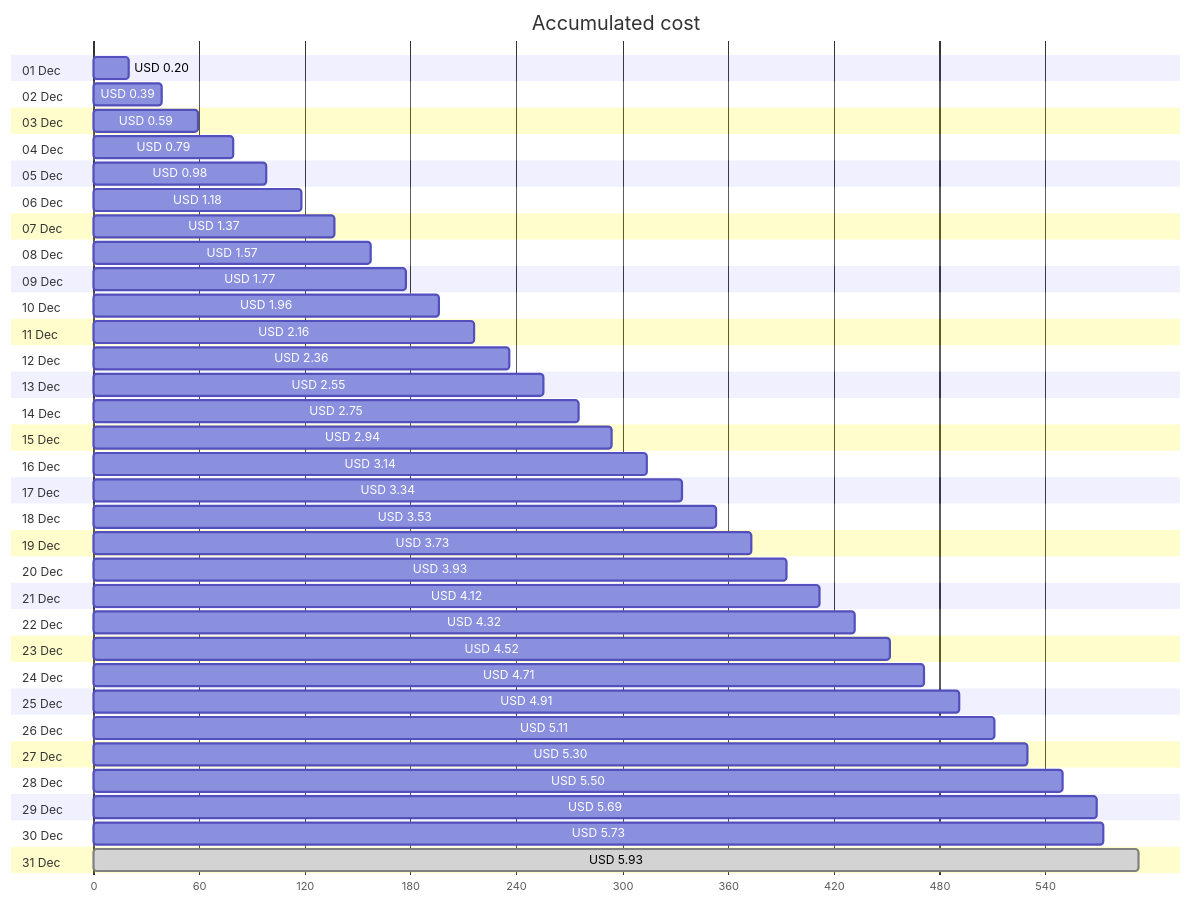
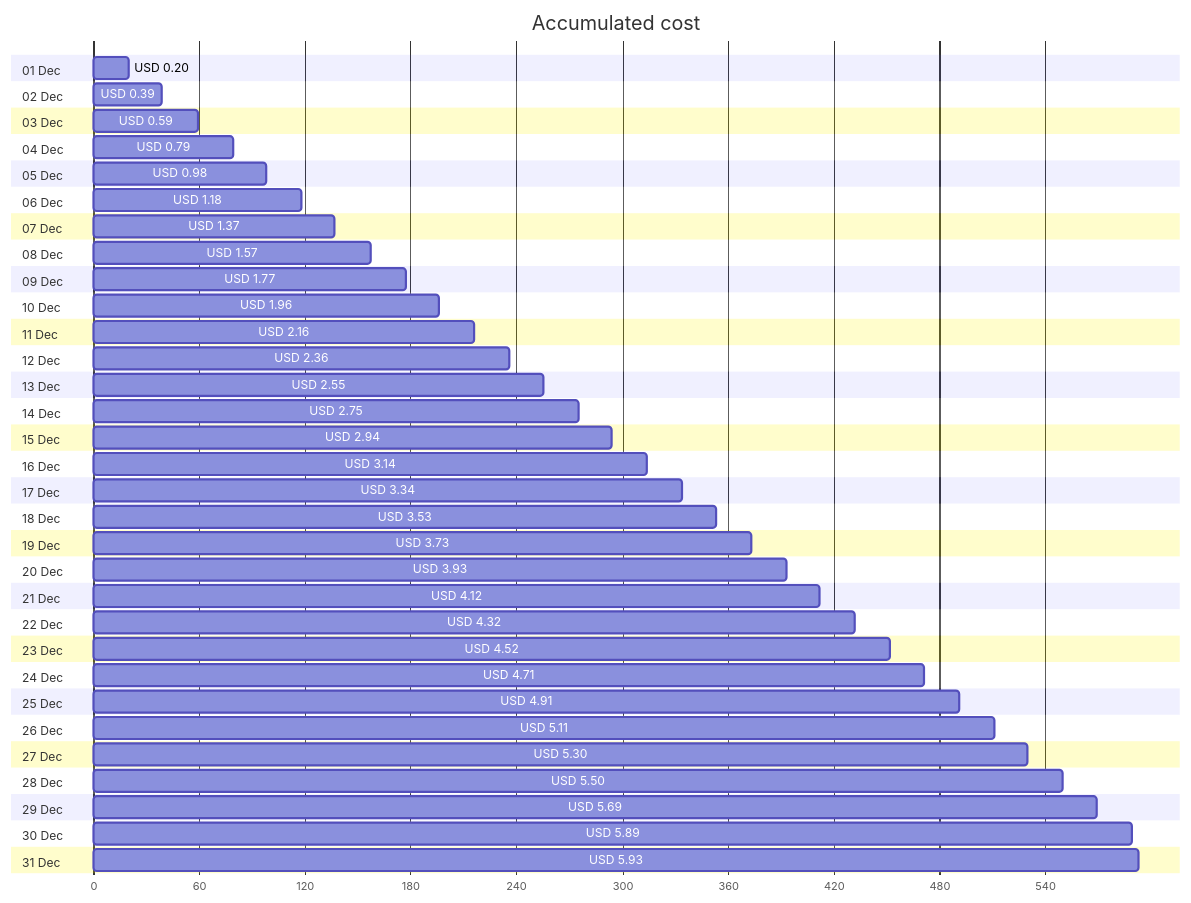
Before and after one commit to jpfulton/azure-personal-reports: the first of 4 diagrams in cost-reports/personal-network/backup-server.md, drawn with Mermaid. The commit also changed other lines of this file and 8 other files, not shown here.

````diff
--- a/cost-reports/personal-network/backup-server.md
+++ b/cost-reports/personal-network/backup-server.md
@@ -20,68 +20,68 @@
 ```mermaid
 gantt
    title Accumulated cost
    dateFormat  X
    axisFormat %s
    section 01 Dec
    USD 0.20 :0, 20
    section 02 Dec
    USD 0.39 :0, 39
    section 03 Dec
    USD 0.59 :0, 59
    section 04 Dec
    USD 0.79 :0, 79
    section 05 Dec
    USD 0.98 :0, 98
    section 06 Dec
    USD 1.18 :0, 118
    section 07 Dec
    USD 1.37 :0, 137
    section 08 Dec
    USD 1.57 :0, 157
    section 09 Dec
    USD 1.77 :0, 177
    section 10 Dec
    USD 1.96 :0, 196
    section 11 Dec
    USD 2.16 :0, 216
    section 12 Dec
    USD 2.36 :0, 236
    section 13 Dec
    USD 2.55 :0, 255
    section 14 Dec
    USD 2.75 :0, 275
    section 15 Dec
    USD 2.94 :0, 294
    section 16 Dec
    USD 3.14 :0, 314
    section 17 Dec
    USD 3.34 :0, 334
    section 18 Dec
    USD 3.53 :0, 353
    section 19 Dec
    USD 3.73 :0, 373
    section 20 Dec
    USD 3.93 :0, 393
    section 21 Dec
    USD 4.12 :0, 412
    section 22 Dec
    USD 4.32 :0, 432
    section 23 Dec
    USD 4.52 :0, 452
    section 24 Dec
    USD 4.71 :0, 471
    section 25 Dec
    USD 4.91 :0, 491
    section 26 Dec
    USD 5.11 :0, 511
    section 27 Dec
    USD 5.30 :0, 530
    section 28 Dec
    USD 5.50 :0, 550
    section 29 Dec
    USD 5.69 :0, 569
    section 30 Dec
-   USD 5.73 :0, 573
+   USD 5.89 :0, 589
    section 31 Dec
-   USD 5.93 : done, 0, 593
+   USD 5.93 :0, 593
 ```
````
